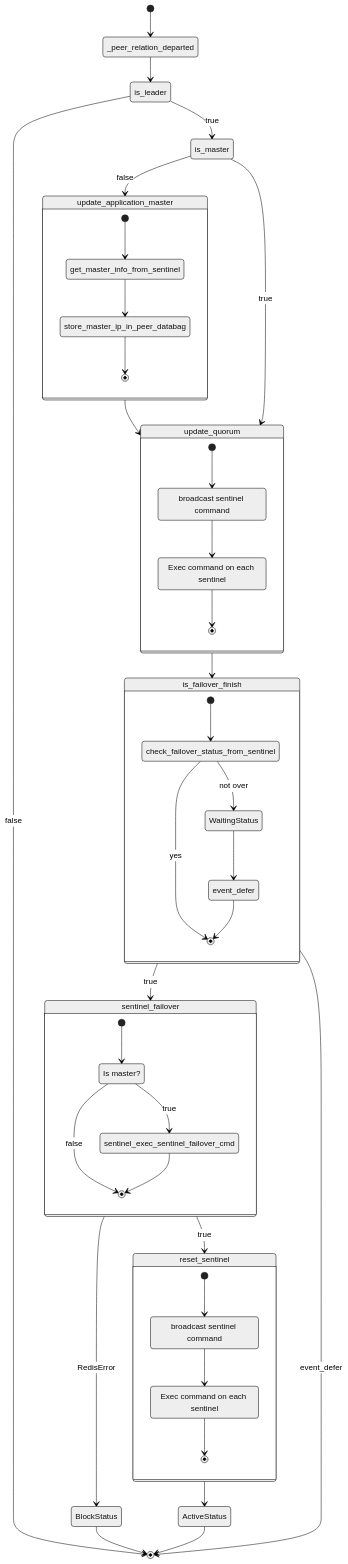
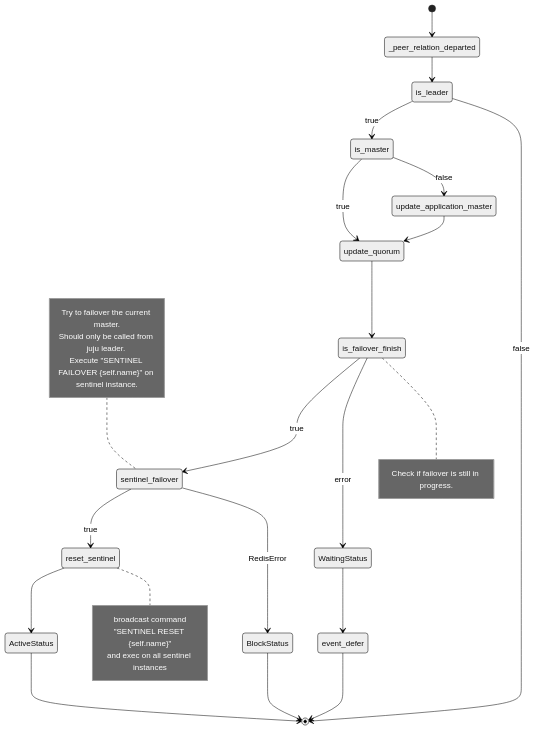
Before and after one commit to jneo8/juju-guides: the second of 2 diagrams in tutorial-operator-charm/deployment-part4-peer-relation.md, drawn with Mermaid (neutral theme). The commit also changed other lines of this file and 2 other files, not shown here.

Commit message:
docs(deployment-part5-leader-elected.md): Update code example of _peer_relation_changed

````diff
--- a/tutorial-operator-charm/deployment-part4-peer-relation.md
+++ b/tutorial-operator-charm/deployment-part4-peer-relation.md
@@ -158,61 +167,43 @@
 ```mermaid
 stateDiagram-v2
-
-state update_application_master {
-    [*] --> get_master_info_from_sentinel
-    get_master_info_from_sentinel --> store_master_ip_in_peer_databag
-    store_master_ip_in_peer_databag --> [*]
-}
-
-state update_quorum {
-    state "broadcast sentinel command" as update_quorum_broadcast_sentinel_command
-    state "Exec command on each sentinel" as update_quorum_sentinel_execute_command
-    [*] --> update_quorum_broadcast_sentinel_command
-    update_quorum_broadcast_sentinel_command --> update_quorum_sentinel_execute_command
-    update_quorum_sentinel_execute_command --> [*]
-}
-
-state is_failover_finish {
-    [*] --> check_failover_status_from_sentinel
-    check_failover_status_from_sentinel --> WaitingStatus: not over
-    check_failover_status_from_sentinel --> [*]: yes
-    WaitingStatus --> event_defer
-    event_defer --> [*]
-}
-
-state sentinel_failover {
-    state "Is master?" as check_is_master
-    [*] --> check_is_master
-    check_is_master --> [*]: false
-    check_is_master --> sentinel_exec_sentinel_failover_cmd: true
-    sentinel_exec_sentinel_failover_cmd --> [*]
-}
-
-
-state reset_sentinel {
-    state "broadcast sentinel command" as reset_sentinel_broadcast_sentinel_command
-    state "Exec command on each sentinel" as reset_sentinel_sentinel_execute_command
-    [*] --> reset_sentinel_broadcast_sentinel_command
-    reset_sentinel_broadcast_sentinel_command --> reset_sentinel_sentinel_execute_command
-    reset_sentinel_sentinel_execute_command --> [*]
-}
-
 
 [*] --> _peer_relation_departed
 
 _peer_relation_departed --> is_leader
 is_leader --> [*]: false
 is_leader --> is_master: true
 is_master --> update_application_master: false
 update_application_master --> update_quorum
 is_master --> update_quorum: true
 update_quorum --> is_failover_finish
-is_failover_finish --> [*]: event_defer
+
+%% is_failover_finish
+note right of is_failover_finish
+    Check if failover is still in progress.
+end note
+is_failover_finish --> WaitingStatus: error
+WaitingStatus --> event_defer
+event_defer --> [*]
 is_failover_finish --> sentinel_failover: true
+
+
+%% sentinel_failover
+note left of sentinel_failover
+    Try to failover the current master.
+    Should only be called from juju leader. 
+    Execute "SENTINEL FAILOVER {self.name}" on sentinel instance.
+end note
 sentinel_failover --> BlockStatus: RedisError
 BlockStatus --> [*]
 sentinel_failover --> reset_sentinel: true
+
+%% reset_sentinel
+note right of reset_sentinel
+    broadcast command
+    "SENTINEL RESET {self.name}"
+    and exec on all sentinel instances
+end note
 reset_sentinel --> ActiveStatus
 ActiveStatus --> [*]
 
 ```
````
